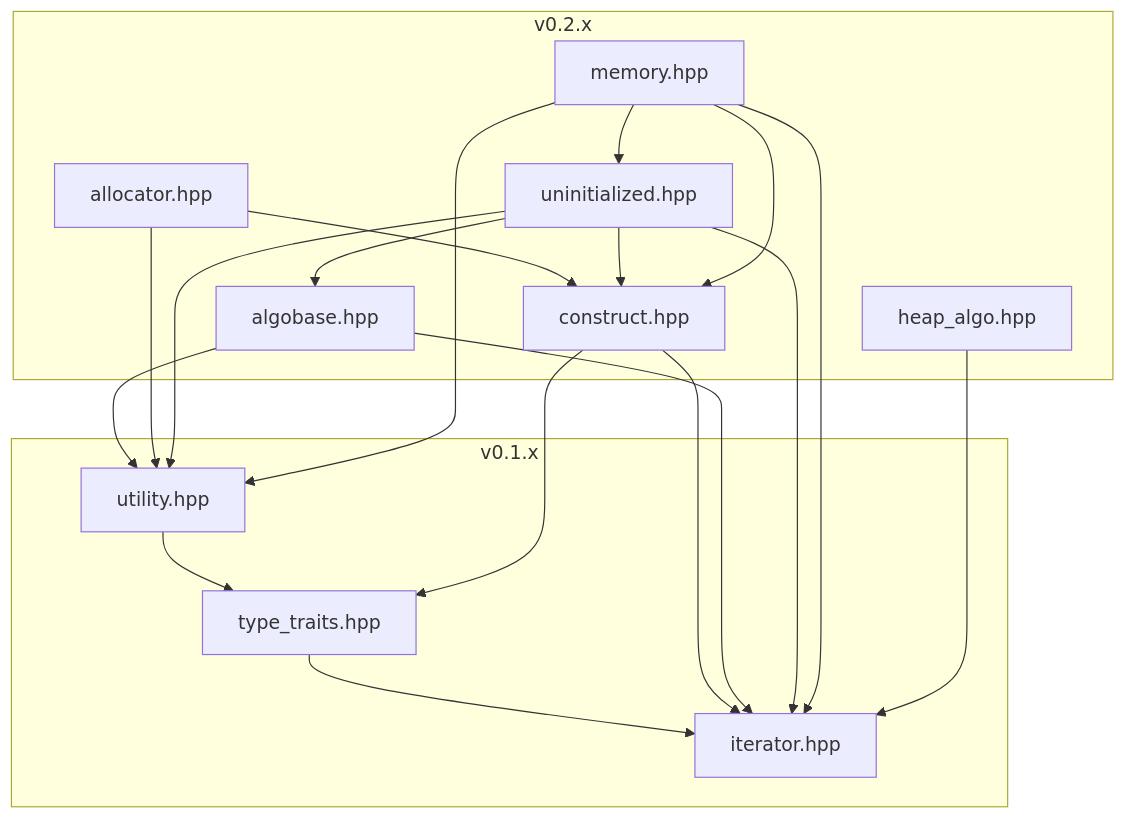
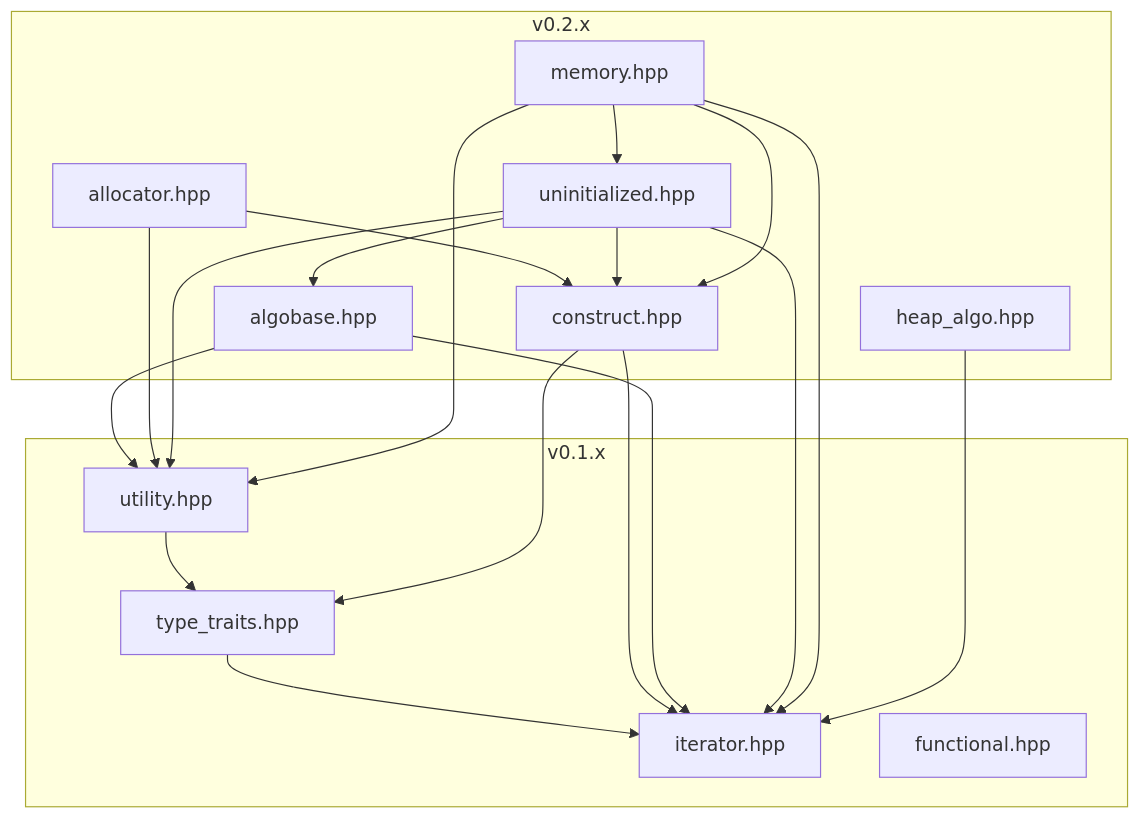
The first of 11 diagrams in README.md (LiuYuan-SHU/tiny_stl), drawn with Mermaid before and after one commit. The commit also changed other lines of this file, not shown here.

Commit message:
README.md: update for functional.hpp

````diff
--- a/README.md
+++ b/README.md
@@ -9,27 +9,28 @@
 ```mermaid
 flowchart TD
 
 subgraph v0.1.x
   iterator[iterator.hpp]
   type_traits[type_traits.hpp]
   utility[utility.hpp]
+  functional[functional.hpp]
 end
 
 subgraph v0.2.x
   construct[construct.hpp]
   algobase[algobase.hpp]
   allocator[allocator.hpp]
   uninitialized[uninitialized.hpp]
   memory[memory.hpp]
   heap_algo[heap_algo.hpp]
 end
 
 type_traits --> iterator
 utility --> type_traits
 construct --> iterator & type_traits
 algobase --> utility & iterator
 allocator --> construct & utility
 uninitialized --> algobase & construct & iterator & utility
 memory --> construct & iterator & uninitialized & utility
 heap_algo --> iterator
 ```
````
